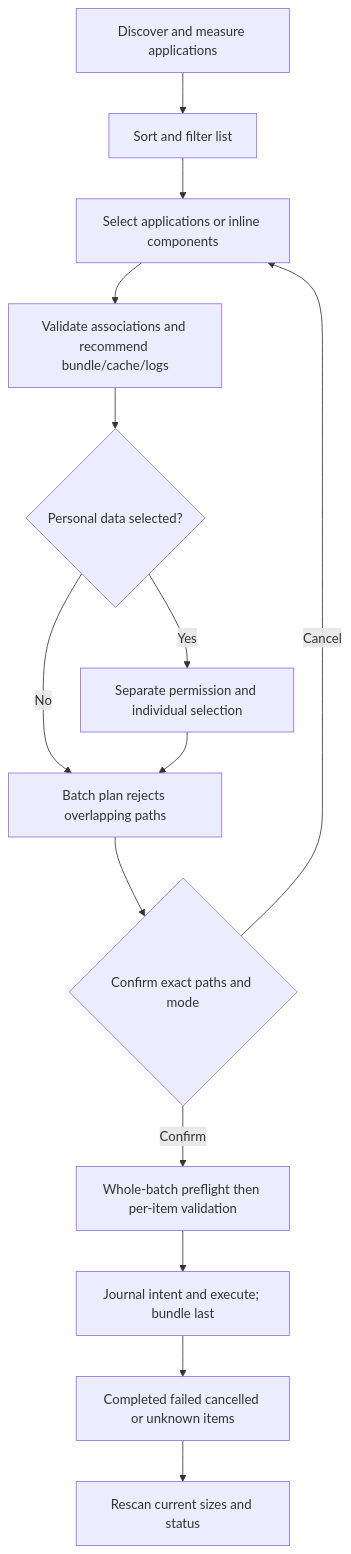
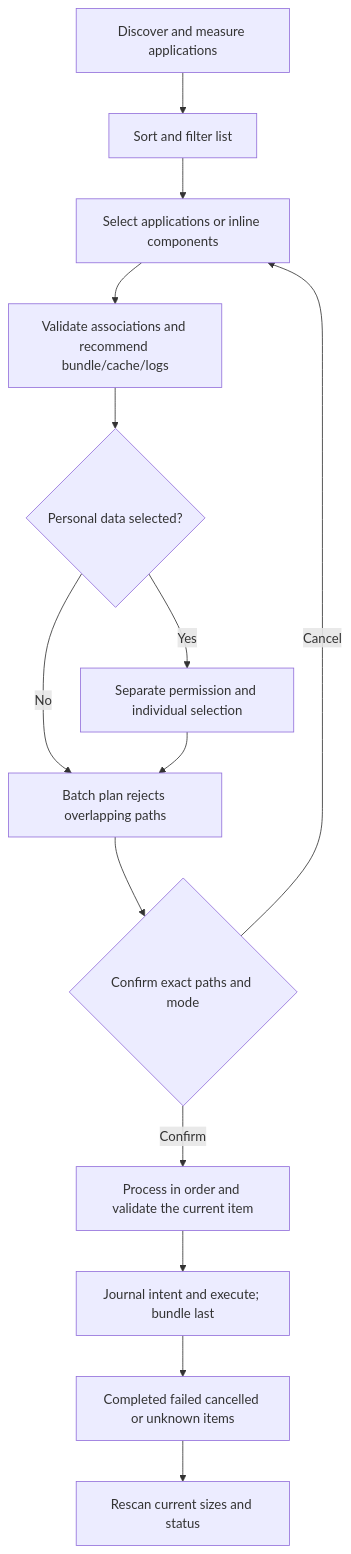
The ninth of 11 diagrams in docs/product/application-uninstall.md (limecloud/shou), drawn with Mermaid before and after one commit. The commit also changed other lines of this file and 162 other files, not shown here.

````diff
--- a/docs/product/application-uninstall.md
+++ b/docs/product/application-uninstall.md
@@ -286,16 +288,16 @@
 ```mermaid
 flowchart TD
   Scan[Discover and measure applications] --> List[Sort and filter list]
   List --> Select[Select applications or inline components]
   Select --> Review[Validate associations and recommend bundle/cache/logs]
   Review --> Data{Personal data selected?}
   Data -->|Yes| Consent[Separate permission and individual selection]
   Data -->|No| Plan[Batch plan rejects overlapping paths]
   Consent --> Plan
   Plan --> Confirm{Confirm exact paths and mode}
   Confirm -->|Cancel| Select
-  Confirm -->|Confirm| Recheck[Whole-batch preflight then per-item validation]
+  Confirm -->|Confirm| Recheck[Process in order and validate the current item]
   Recheck --> Run[Journal intent and execute; bundle last]
   Run --> Result[Completed failed cancelled or unknown items]
   Result --> Refresh[Rescan current sizes and status]
 ```
````
